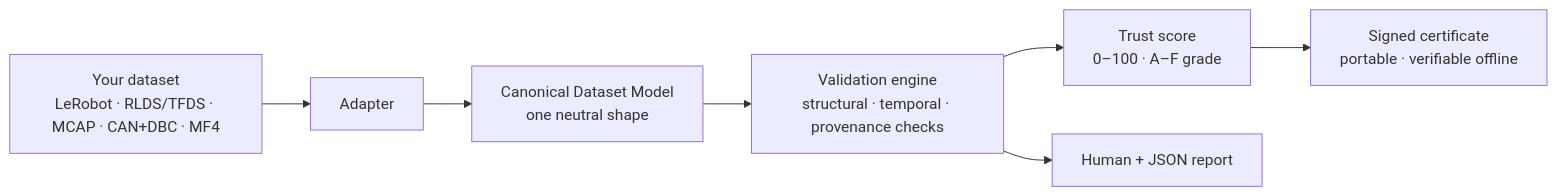
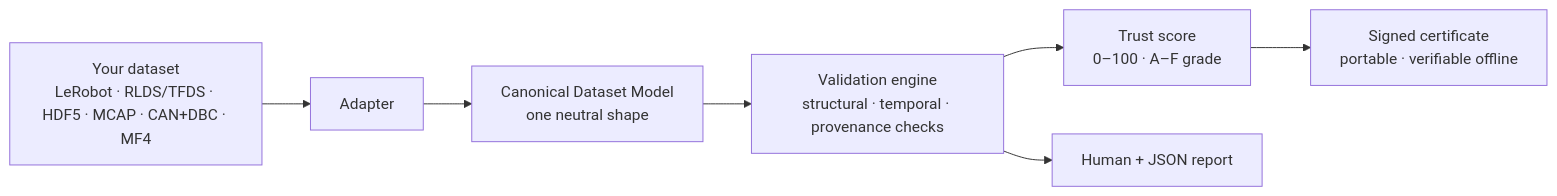
The first of 2 diagrams in README.md (clay-good/veridex), drawn with Mermaid before and after one commit. The commit also changed other lines of this file and 15 other files, not shown here.

````diff
--- a/README.md
+++ b/README.md
@@ -56,9 +57,9 @@
 ```mermaid
 flowchart LR
-    A[Your dataset<br/>LeRobot · RLDS/TFDS · MCAP · CAN+DBC · MF4] --> B[Adapter]
+    A[Your dataset<br/>LeRobot · RLDS/TFDS · HDF5 · MCAP · CAN+DBC · MF4] --> B[Adapter]
     B --> C[Canonical Dataset Model<br/>one neutral shape]
     C --> D[Validation engine<br/>structural · temporal · provenance checks]
     D --> E[Trust score<br/>0–100 · A–F grade]
     E --> F[Signed certificate<br/>portable · verifiable offline]
     D --> G[Human + JSON report]
 ```
````
